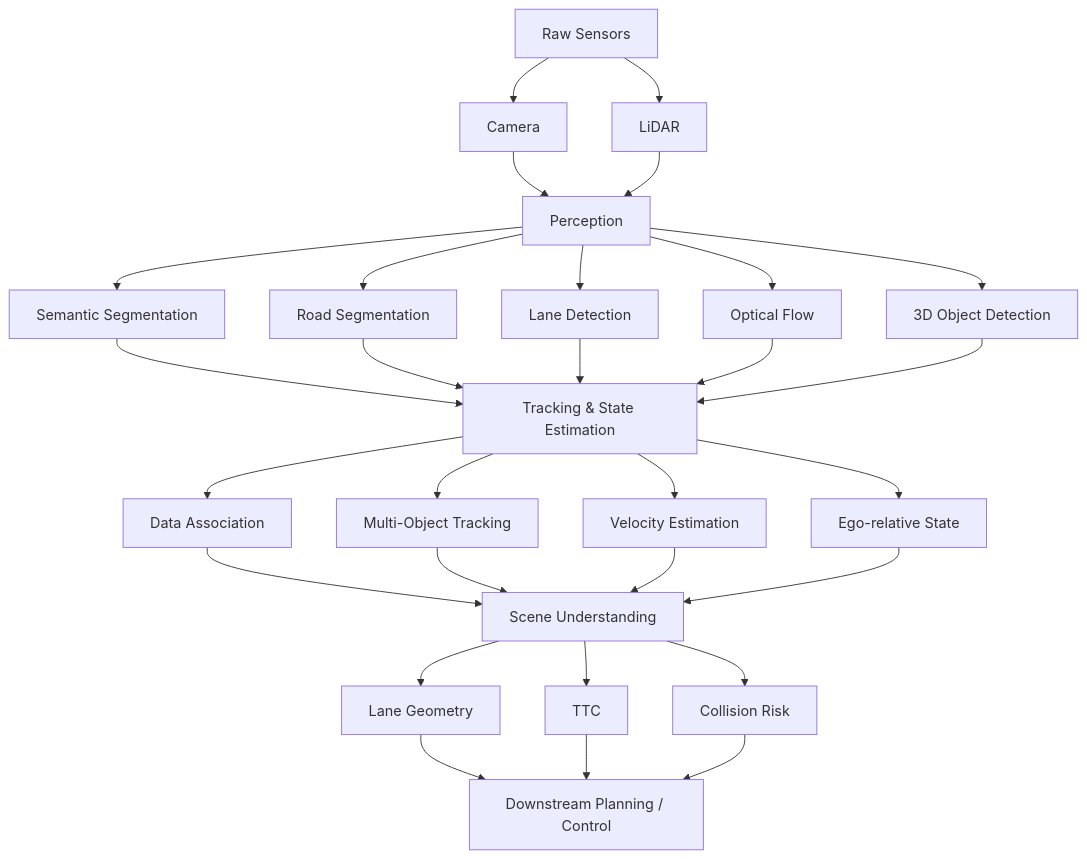
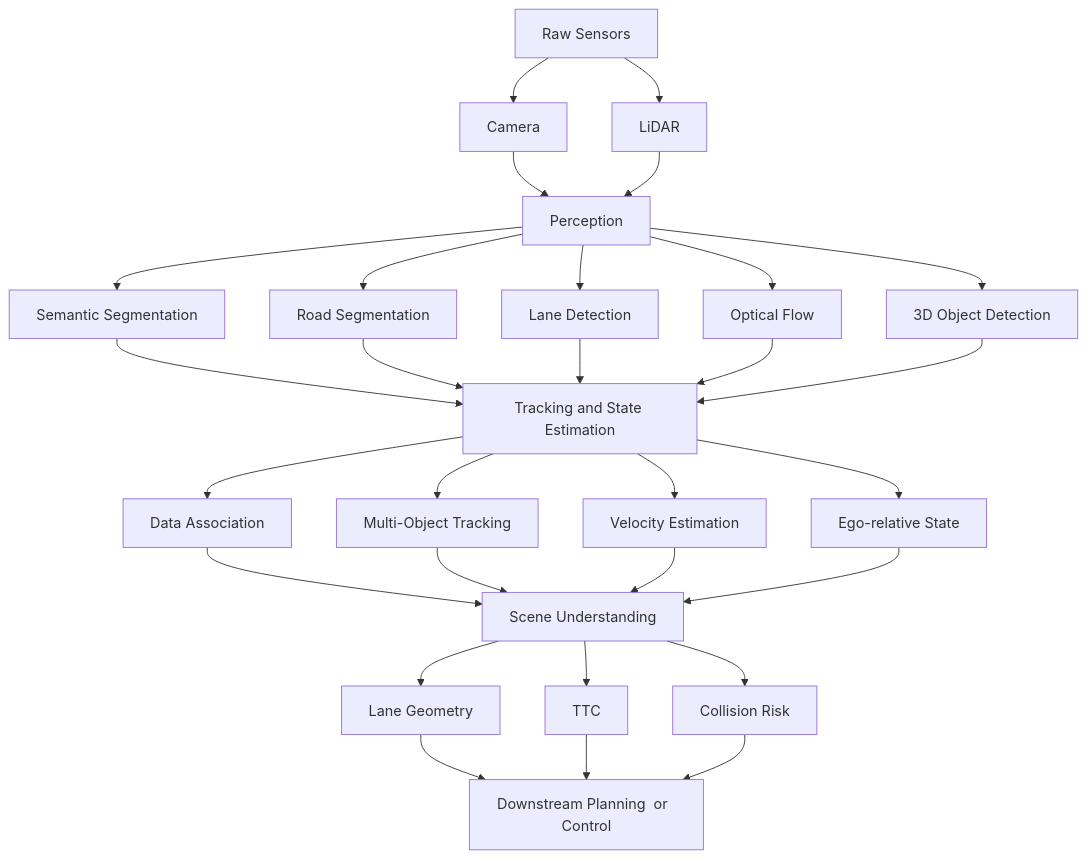
Before and after one commit to GauravR2012/ros2-adas-perception-stack: the first of 19 diagrams in README.md, drawn with Mermaid. The commit also changed other lines of this file, not shown here.

````diff
--- a/README.md
+++ b/README.md
@@ -9,31 +9,31 @@
 ```mermaid
 flowchart TD
-    A[Raw Sensors] --> B[Camera]
-    A --> C[LiDAR]
-    B --> D[Perception]
+    A["Raw Sensors"] --> B["Camera"]
+    A --> C["LiDAR"]
+    B --> D["Perception"]
     C --> D
-    D --> D1[Semantic Segmentation]
-    D --> D2[Road Segmentation]
-    D --> D3[Lane Detection]
-    D --> D4[Optical Flow]
-    D --> D5[3D Object Detection]
-    D1 --> E[Tracking & State Estimation]
+    D --> D1["Semantic Segmentation"]
+    D --> D2["Road Segmentation"]
+    D --> D3["Lane Detection"]
+    D --> D4["Optical Flow"]
+    D --> D5["3D Object Detection"]
+    D1 --> E["Tracking and State Estimation"]
     D2 --> E
     D3 --> E
     D4 --> E
     D5 --> E
-    E --> E1[Data Association]
-    E --> E2[Multi-Object Tracking]
-    E --> E3[Velocity Estimation]
-    E --> E4[Ego-relative State]
-    E1 --> F[Scene Understanding]
+    E --> E1["Data Association"]
+    E --> E2["Multi-Object Tracking"]
+    E --> E3["Velocity Estimation"]
+    E --> E4["Ego-relative State"]
+    E1 --> F["Scene Understanding"]
     E2 --> F
     E3 --> F
     E4 --> F
-    F --> F1[Lane Geometry]
-    F --> F2[TTC]
-    F --> F3[Collision Risk]
-    F1 --> G[Downstream Planning / Control]
+    F --> F1["Lane Geometry"]
+    F --> F2["TTC"]
+    F --> F3["Collision Risk"]
+    F1 --> G["Downstream Planning  or  Control"]
     F2 --> G
     F3 --> G
 ```
````
